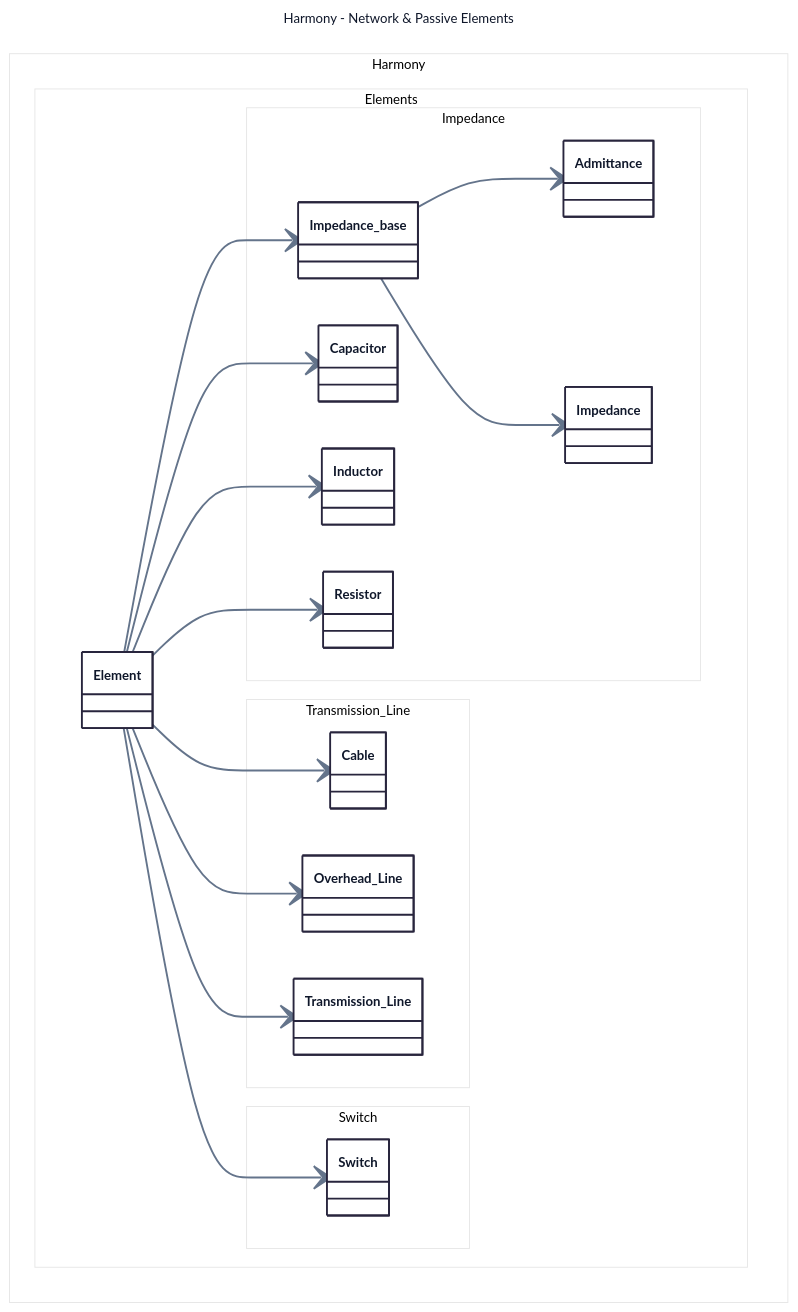
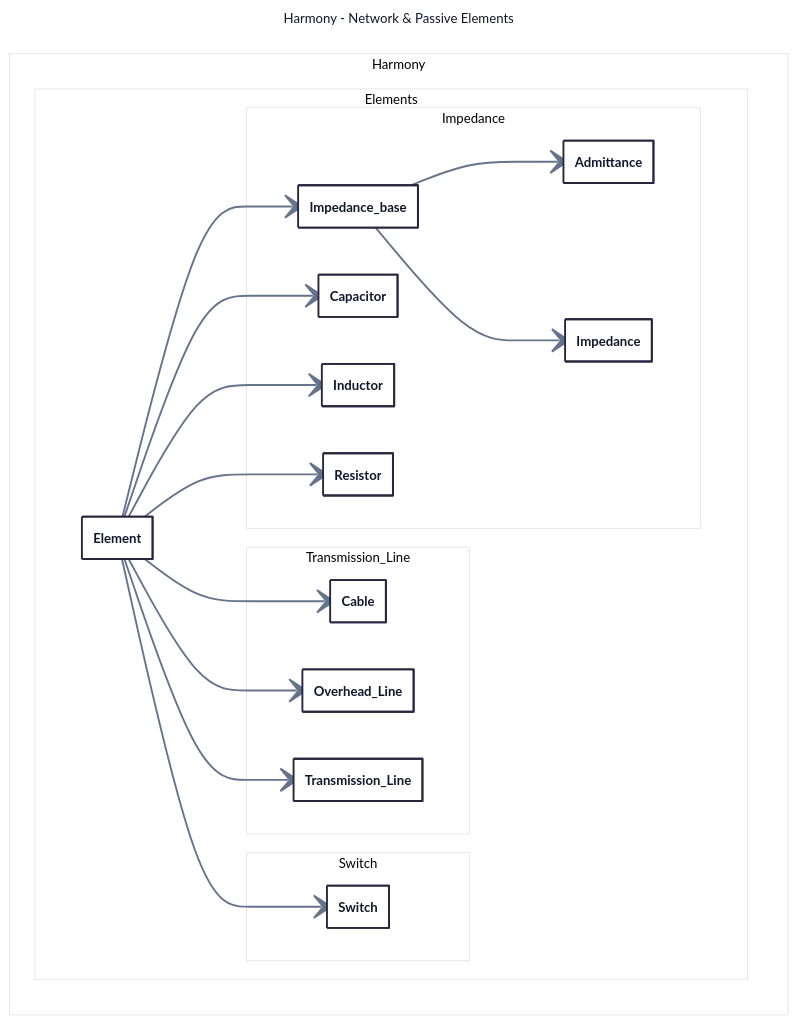
One commit to yiquintero/tmp changed the second of 4 diagrams in class_diagram.md. Above: the diagram before and after it, drawn with Mermaid. The commit also changed other lines of this file, not shown here.

First line of the commit message:
Refactor class diagram syntax for clarity

````diff
--- a/class_diagram.md
+++ b/class_diagram.md
@@ -72,46 +74,48 @@
 ```mermaid
 ---
 title: Harmony - Network & Passive Elements
 config:
   theme: redux-color
   themeVariables:
     fontFamily: Inter, Segoe UI, sans-serif
     lineColor: "#64748B"
     primaryTextColor: "#0F172A"
+  class:
+    hideEmptyMembersBox: true
 ---
 classDiagram
   direction LR
 
   namespace Harmony.Elements {
     class Element {}
   }
 
   namespace Harmony.Elements.Impedance {
     class Impedance_base {}
     class Admittance {}
     class Impedance {}
     class Capacitor {}
     class Inductor {}
     class Resistor {}
   }
   Element --> Impedance_base
   Element --> Capacitor
   Element --> Inductor
   Element --> Resistor
   Impedance_base --> Admittance
   Impedance_base --> Impedance
 
   namespace Harmony.Elements.Transmission_Line {
     class Cable {}
     class Overhead_Line {}
     class Transmission_Line {}
   }
   Element --> Cable
   Element --> Overhead_Line
   Element --> Transmission_Line
 
   namespace Harmony.Elements.Switch {
     class Switch {}
   }
   Element --> Switch
 ```
````
